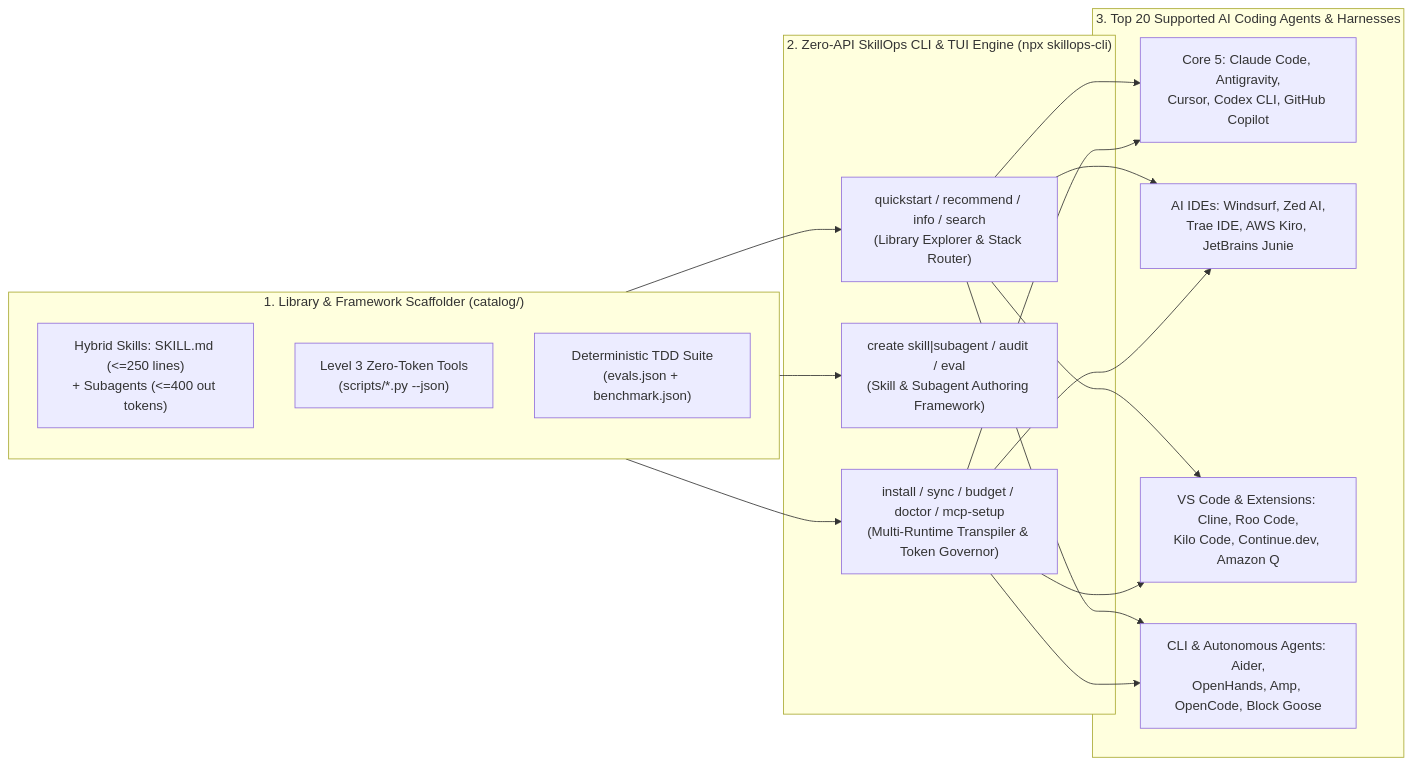
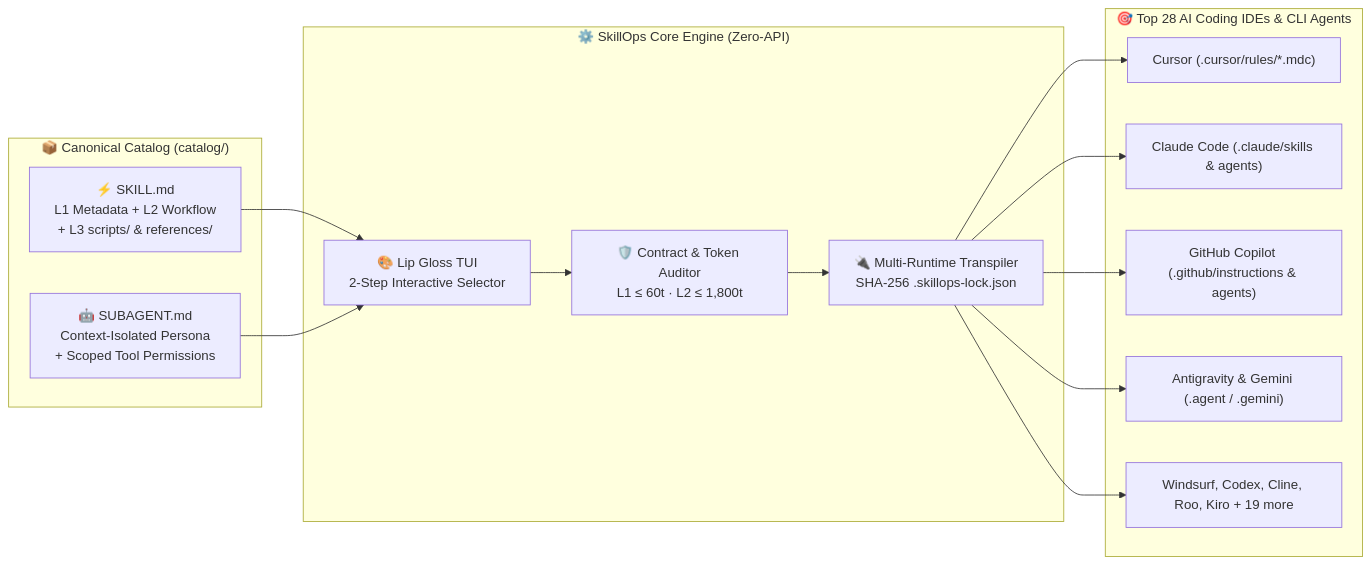
One commit to OdevMatheus/SkillOps changed the diagram in README.md. Above: the diagram before and after it, drawn with Mermaid. The commit also changed other lines of this file and 1 other file, not shown here.

First line of the commit message:
docs(readme): craft official visual open-source readme (#154)

````diff
--- a/README.md
+++ b/README.md
@@ -79,24 +199,31 @@
 ```mermaid
 flowchart LR
-    subgraph Library["1. Library & Framework Scaffolder (catalog/)"]
-        S1["Hybrid Skills: SKILL.md (<=250 lines)\n+ Subagents (<=400 out tokens)"]
-        S2["Level 3 Zero-Token Tools\n(scripts/*.py --json)"]
-        S3["Deterministic TDD Suite\n(evals.json + benchmark.json)"]
+    subgraph Catalog["📦 Canonical Catalog (catalog/)"]
+        S["⚡ SKILL.md\nL1 Metadata + L2 Workflow\n+ L3 scripts/ & references/"]
+        A["🤖 SUBAGENT.md\nContext-Isolated Persona\n+ Scoped Tool Permissions"]
     end
 
-    subgraph Engine["2. Zero-API SkillOps CLI & TUI Engine (npx skillops-cli)"]
-        Quick["quickstart / recommend / info / search\n(Library Explorer & Stack Router)"]
-        Create["create skill|subagent / audit / eval\n(Skill & Subagent Authoring Framework)"]
-        Runtime["install / sync / budget / doctor / mcp-setup\n(Multi-Runtime Transpiler & Token Governor)"]
+    subgraph Engine["⚙️ SkillOps Core Engine (Zero-API)"]
+        TUI["🎨 Lip Gloss TUI\n2-Step Interactive Selector"]
+        AUD["🛡️ Contract & Token Auditor\nL1 ≤ 60t · L2 ≤ 1,800t"]
+        TR["🔌 Multi-Runtime Transpiler\nSHA-256 .skillops-lock.json"]
     end
 
-    subgraph Targets["3. Top 20 Supported AI Coding Agents & Harnesses"]
-        T1["Core 5: Claude Code, Antigravity,\nCursor, Codex CLI, GitHub Copilot"]
-        T2["AI IDEs: Windsurf, Zed AI,\nTrae IDE, AWS Kiro, JetBrains Junie"]
-        T3["VS Code & Extensions: Cline, Roo Code,\nKilo Code, Continue.dev, Amazon Q"]
-        T4["CLI & Autonomous Agents: Aider,\nOpenHands, Amp, OpenCode, Block Goose"]
+    subgraph Targets["🎯 Top 28 AI Coding IDEs & CLI Agents"]
+        T1["Cursor (.cursor/rules/*.mdc)"]
+        T2["Claude Code (.claude/skills & agents)"]
+        T3["GitHub Copilot (.github/instructions & agents)"]
+        T4["Antigravity & Gemini (.agent / .gemini)"]
+        T5["Windsurf, Codex, Cline, Roo, Kiro + 19 more"]
     end
 
-    Library --> Quick & Create & Runtime
-    Quick & Runtime --> T1 & T2 & T3 & T4
+    S --> TUI
+    A --> TUI
+    TUI --> AUD
+    AUD --> TR
+    TR --> T1
+    TR --> T2
+    TR --> T3
+    TR --> T4
+    TR --> T5
 ```
````
